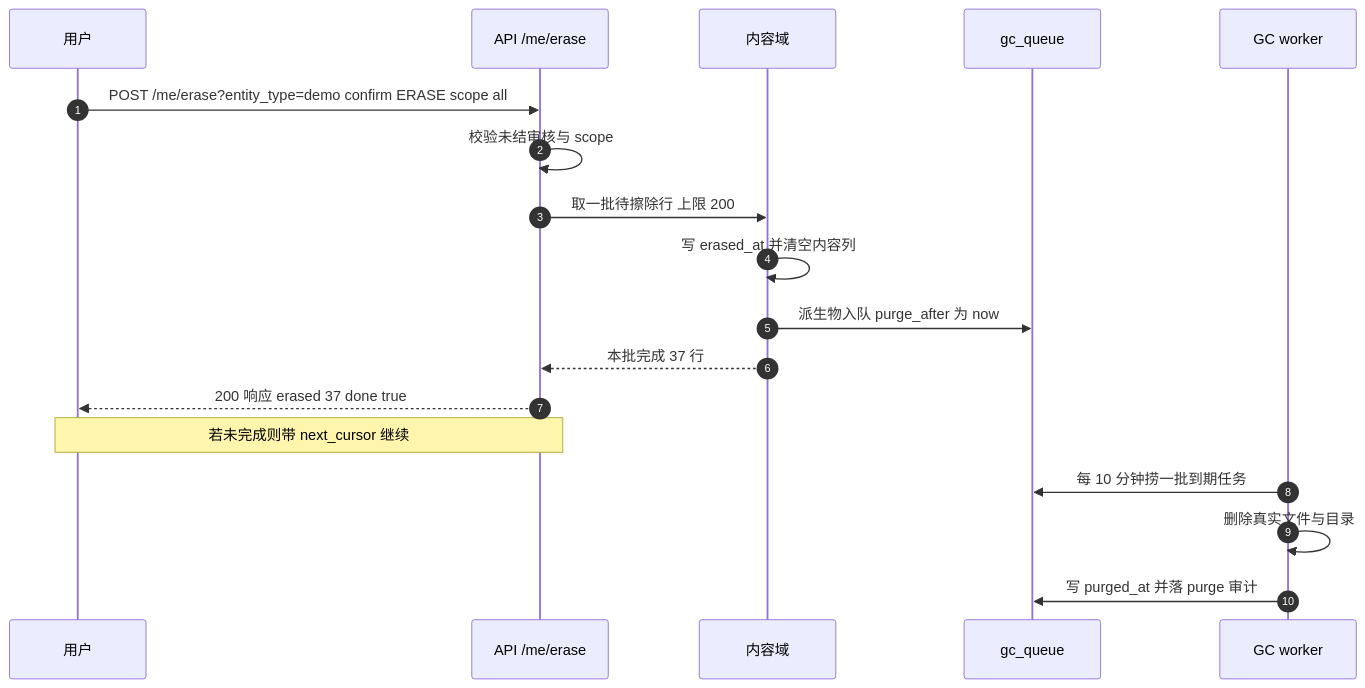
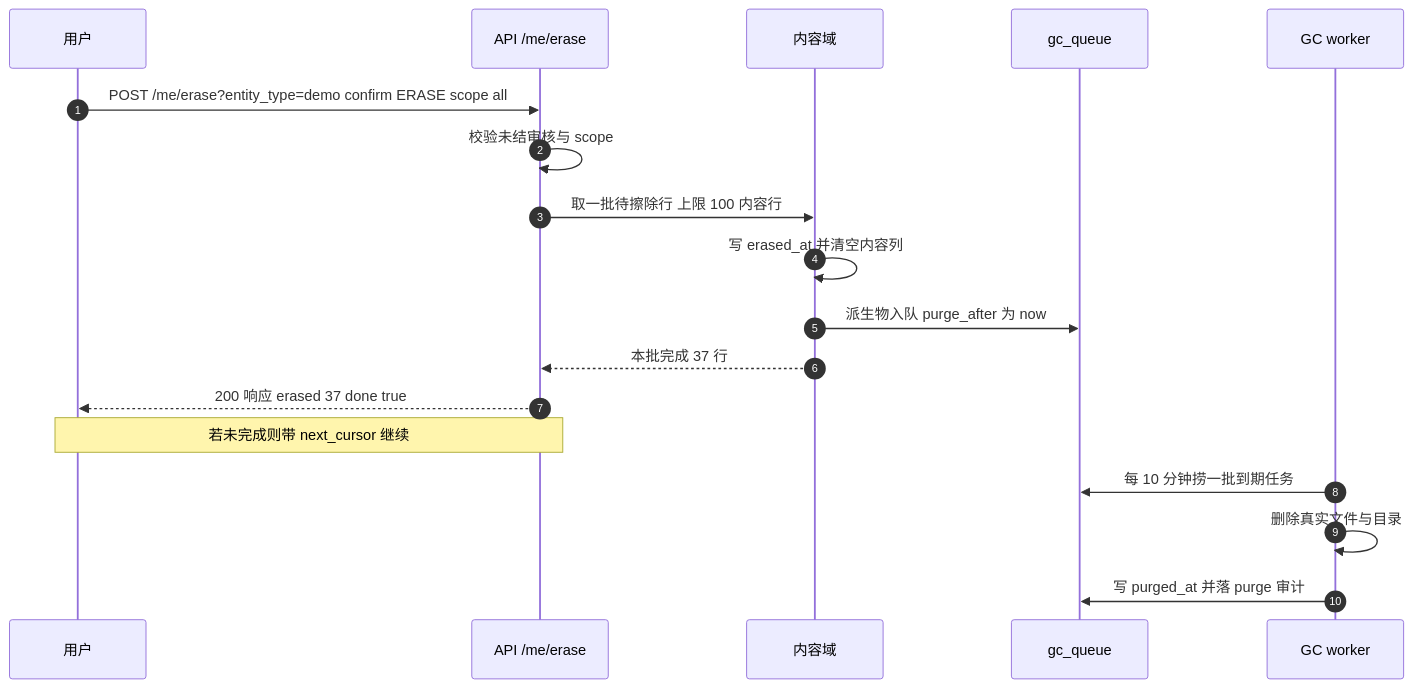
The third of 3 diagrams in docs/数据生命周期设计.md (deepdemos/ds-demos-showcase), drawn with Mermaid before and after one commit. The commit also changed other lines of this file and 13 other files, not shown here.

````diff
--- a/docs/数据生命周期设计.md
+++ b/docs/数据生命周期设计.md
@@ -529,21 +530,21 @@
 ```mermaid
 sequenceDiagram
     autonumber
     participant U as 用户
     participant A as API /me/erase
     participant C as 内容域
     participant Q as gc_queue
     participant W as GC worker
 
     U->>A: POST /me/erase?entity_type=demo confirm ERASE scope all
     A->>A: 校验未结审核与 scope
-    A->>C: 取一批待擦除行 上限 200
+    A->>C: 取一批待擦除行 上限 100 内容行
     C->>C: 写 erased_at 并清空内容列
     C->>Q: 派生物入队 purge_after 为 now
     C-->>A: 本批完成 37 行
     A-->>U: 200 响应 erased 37 done true
     Note over U,A: 若未完成则带 next_cursor 继续
     W->>Q: 每 10 分钟捞一批到期任务
     W->>W: 删除真实文件与目录
     W->>Q: 写 purged_at 并落 purge 审计
 ```
````
